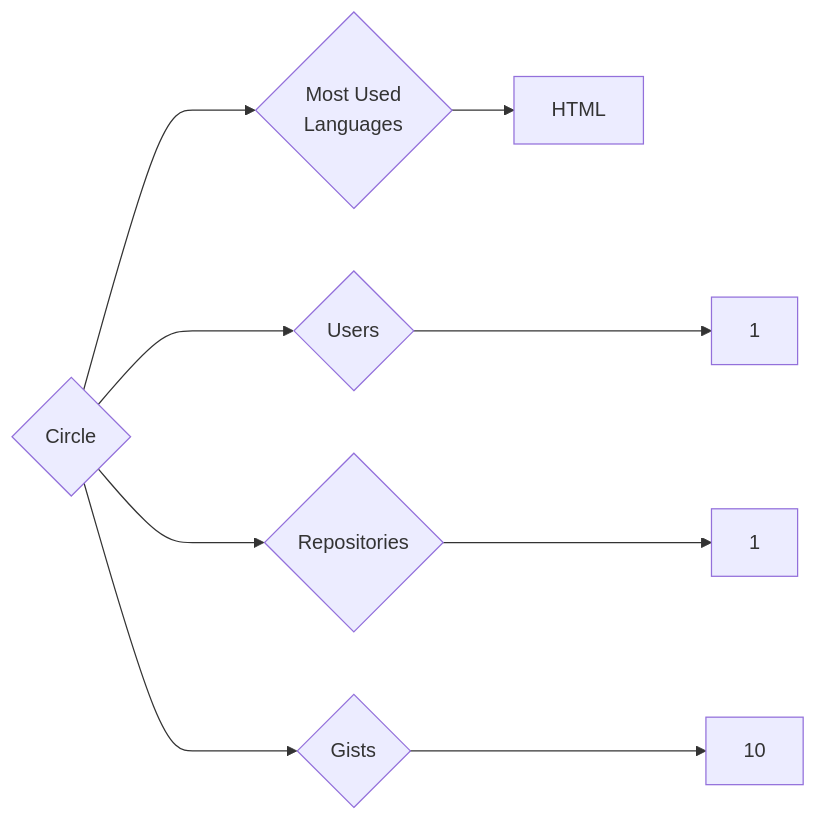
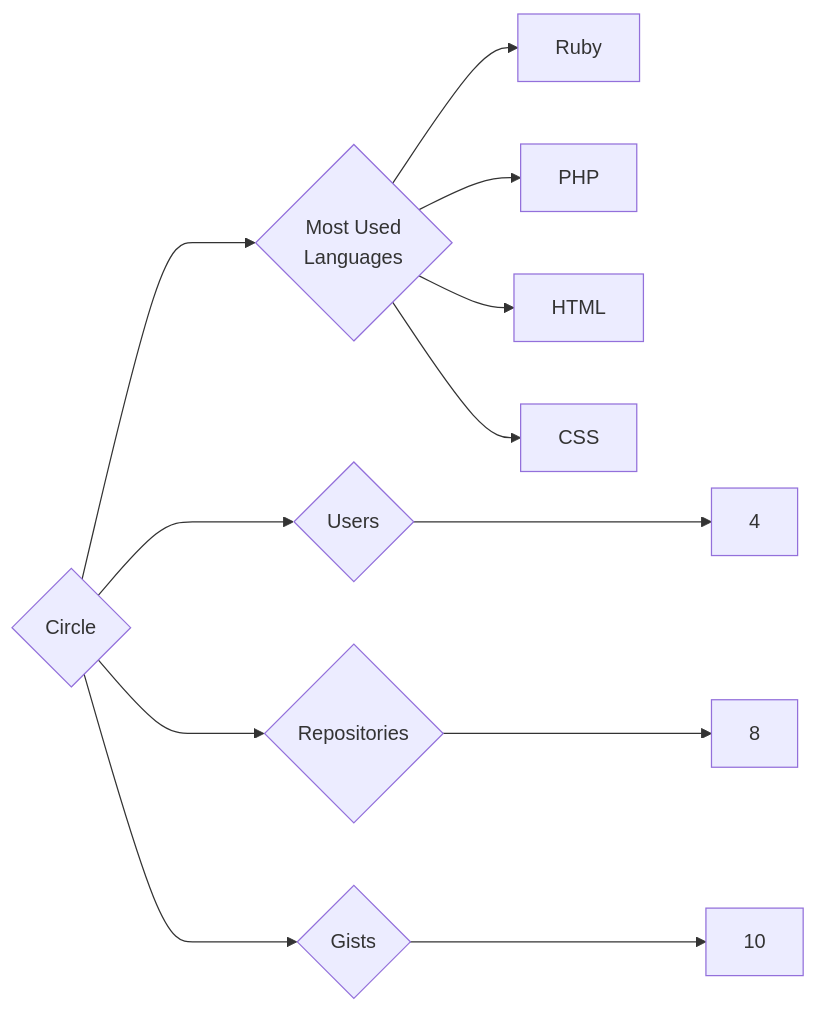
One commit to trickest/insiders changed the diagram in targets/Circle/README.md. Above: the diagram before and after it, drawn with Mermaid. The commit also changed 1003 other files, not shown here.

````diff
--- a/targets/Circle/README.md
+++ b/targets/Circle/README.md
@@ -3,9 +3,12 @@
 ```mermaid
 graph LR
 COMPANY_NAME{Circle}
-COMPANY_NAME ---> U{Users} ---> UN[1]
-COMPANY_NAME ---> R{Repositories} ---> RN[1]
+COMPANY_NAME ---> U{Users} ---> UN[4]
+COMPANY_NAME ---> R{Repositories} ---> RN[8]
 COMPANY_NAME ---> G{Gists} ---> GN[10]
 COMPANY_NAME ---> ML{Most Used<br>Languages}
+ML --> Ruby[Ruby]
+ML --> PHP[PHP]
 ML --> HTML[HTML]
+ML --> CSS[CSS]
 ```
````
